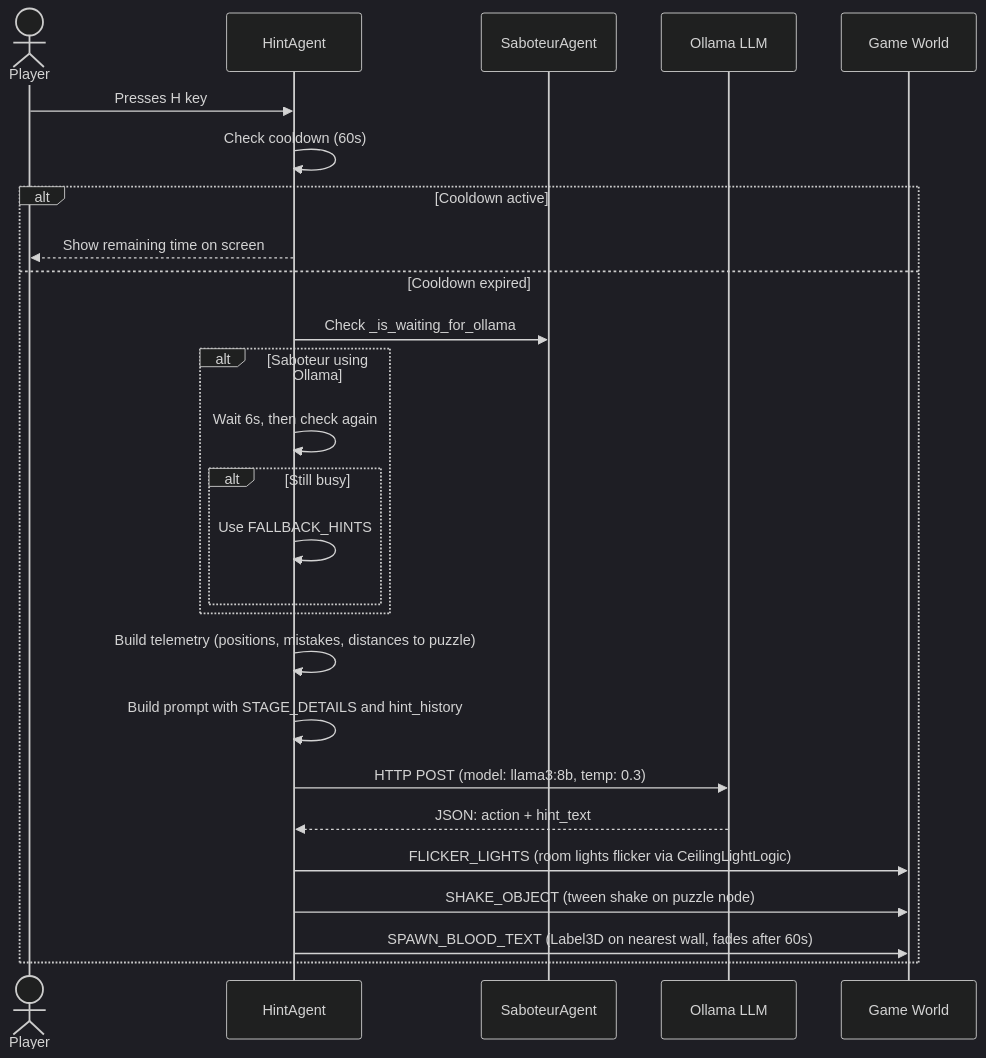
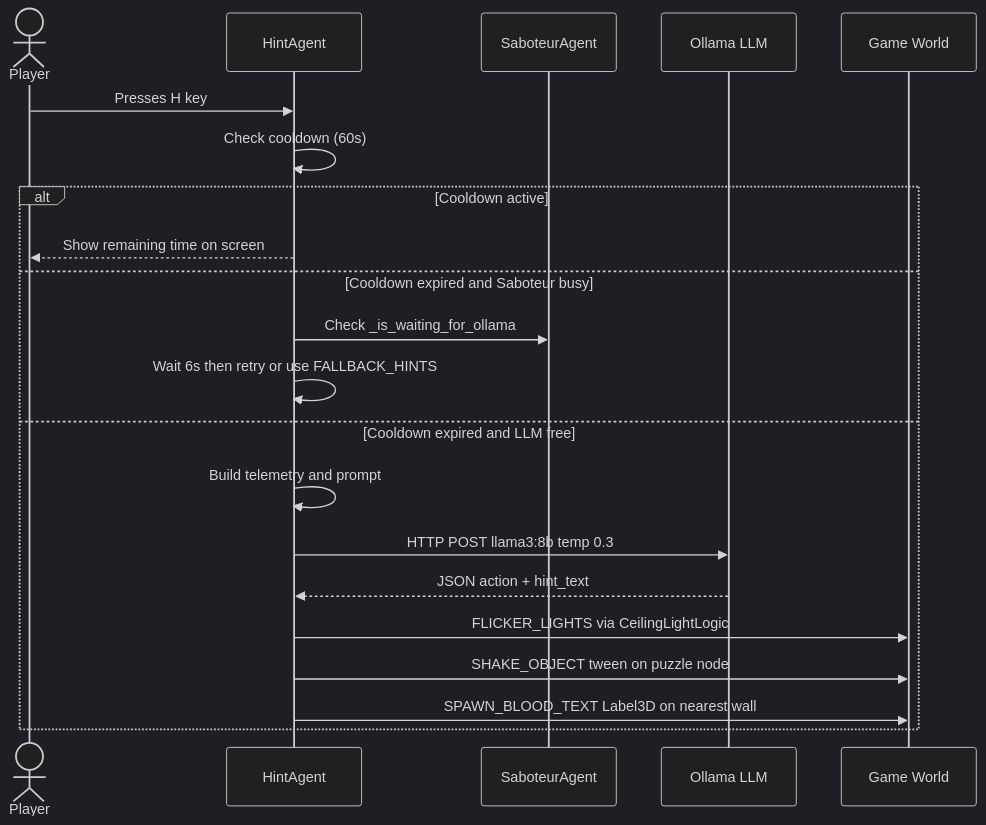
One commit to neica200/Echo-Chamber-Coop changed the fifth of 10 diagrams in diagrame_arhitectura.md. Above: the diagram before and after it, drawn with Mermaid (dark theme). The commit also changed other lines of this file, not shown here.

Commit message:
update diagrams

````diff
--- a/diagrame_arhitectura.md
+++ b/diagrame_arhitectura.md
@@ -295,32 +295,25 @@
 ```mermaid
 sequenceDiagram
     actor Player
     participant HA as HintAgent
     participant SA as SaboteurAgent
     participant Ollama as Ollama LLM
     participant World as Game World
 
     Player->>HA: Presses H key
     HA->>HA: Check cooldown (60s)
 
     alt Cooldown active
         HA-->>Player: Show remaining time on screen
-    else Cooldown expired
+    else Cooldown expired and Saboteur busy
         HA->>SA: Check _is_waiting_for_ollama
-        alt Saboteur using Ollama
-            HA->>HA: Wait 6s, then check again
-            alt Still busy
-                HA->>HA: Use FALLBACK_HINTS
-            end
-        end
-
-        HA->>HA: Build telemetry (positions, mistakes, distances to puzzle)
-        HA->>HA: Build prompt with STAGE_DETAILS and hint_history
-        HA->>Ollama: HTTP POST (model: llama3:8b, temp: 0.3)
-        Ollama-->>HA: JSON: action + hint_text
-
-        HA->>World: FLICKER_LIGHTS (room lights flicker via CeilingLightLogic)
-        HA->>World: SHAKE_OBJECT (tween shake on puzzle node)
-        HA->>World: SPAWN_BLOOD_TEXT (Label3D on nearest wall, fades after 60s)
+        HA->>HA: Wait 6s then retry or use FALLBACK_HINTS
+    else Cooldown expired and LLM free
+        HA->>HA: Build telemetry and prompt
+        HA->>Ollama: HTTP POST llama3:8b temp 0.3
+        Ollama-->>HA: JSON action + hint_text
+        HA->>World: FLICKER_LIGHTS via CeilingLightLogic
+        HA->>World: SHAKE_OBJECT tween on puzzle node
+        HA->>World: SPAWN_BLOOD_TEXT Label3D on nearest wall
     end
 ```
````
